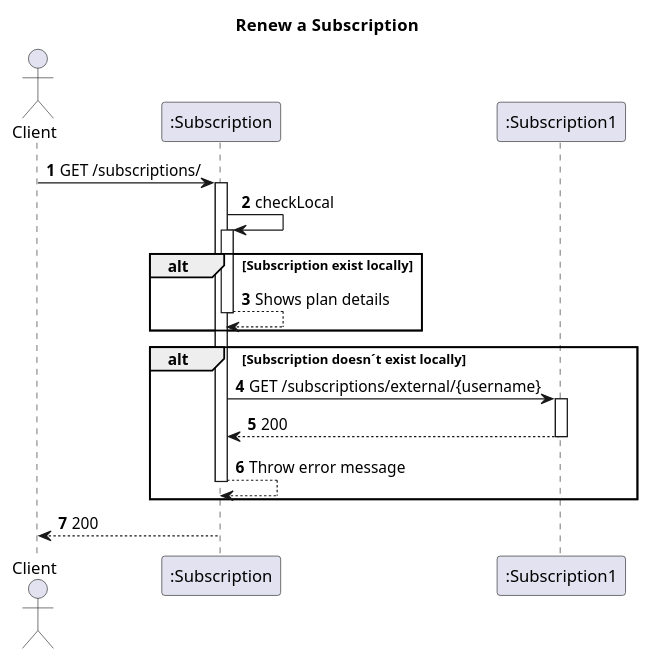
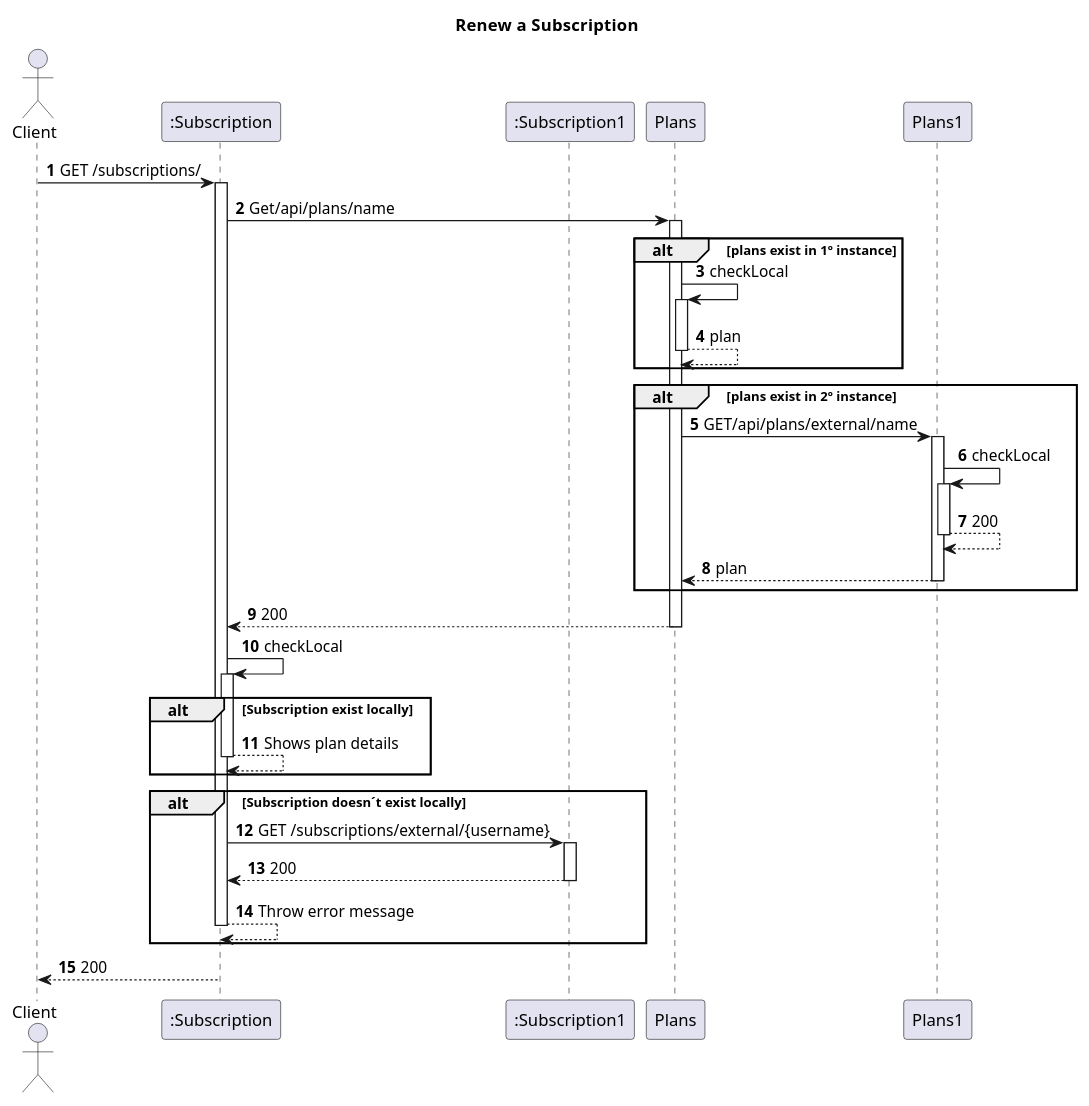
Before and after one commit to IsepMartimOliveira/SIDIS: the diagram in docs_sidis/Subs/Vista Logica/N2/GetSubsPlanInfo.puml, drawn with PlantUML. The commit also changed 13 other files, not shown here.

```diff
--- a/docs_sidis/Subs/Vista Logica/N2/GetSubsPlanInfo.puml
+++ b/docs_sidis/Subs/Vista Logica/N2/GetSubsPlanInfo.puml
@@ -1,26 +1,38 @@
 @startuml
 'https://plantuml.com/sequence-diagram
 autoactivate on
 autonumber
 title   Renew a  Subscription
 
 autonumber
 
 actor "Client" as Ac
 participant ":Subscription" as Auth
 participant ":Subscription1" as Serv
 
 
 Ac->Auth:  GET /subscriptions/
+Auth -> Plans: Get/api/plans/name
+alt plans exist in 1º instance
+    Plans -> Plans: checkLocal
+    Plans --> Plans: plan
+end
+alt plans exist in 2º instance
+    Plans -> Plans1: GET/api/plans/external/name
+    Plans1 -> Plans1: checkLocal
+    Plans1 --> Plans1: 200
+    Plans1 --> Plans: plan
+end
+Plans --> Auth: 200
 Auth->Auth:checkLocal
 alt Subscription exist locally
 Auth-->Auth:Shows plan details
 end
 alt Subscription doesn´t exist locally
 
 Auth->Serv: GET /subscriptions/external/{username}
 Serv-->Auth:200
 Auth-->Auth:Throw error message
 end
 Auth-->Ac:200
 @enduml
```
